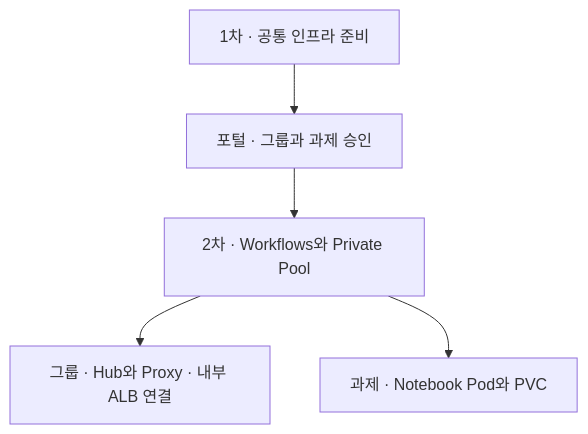
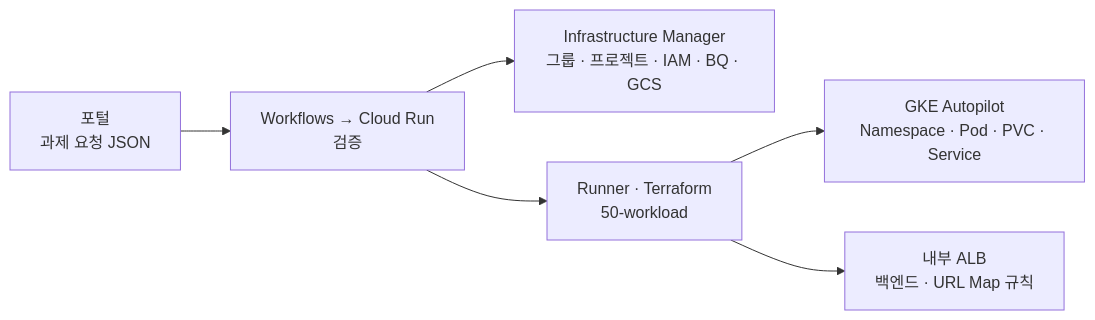
One commit to sonmap/GCP_SBX_Test03 changed the diagram in README.md. Above: the diagram before and after it, drawn with Mermaid. The commit also changed other lines of this file and 65 other files, not shown here.

````diff
--- a/README.md
+++ b/README.md
@@ -8,7 +14,8 @@
 ```mermaid
-flowchart TD
-    A["1차 · 공통 인프라 준비"] --> P["포털 · 그룹과 과제 승인"]
-    P --> W["2차 · Workflows와 Private Pool"]
-    W --> H["그룹 · Hub와 Proxy · 내부 ALB 연결"]
-    W --> N["과제 · Notebook Pod와 PVC"]
+flowchart LR
+    P["포털<br/>과제 요청 JSON"] --> W["Workflows → Cloud Run<br/>검증"]
+    W --> A["Infrastructure Manager<br/>그룹 · 프로젝트 · IAM · BQ · GCS"]
+    W --> B["Runner · Terraform<br/>50-workload"]
+    B --> K["GKE Autopilot<br/>Namespace · Pod · PVC · Service"]
+    B --> L["내부 ALB<br/>백엔드 · URL Map 규칙"]
 ```
````
